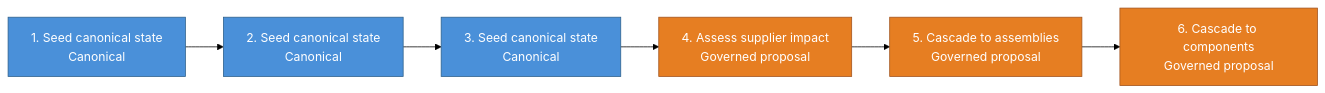
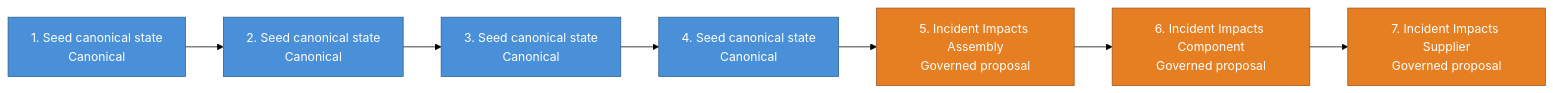
One commit to cruxible-ai/cruxible changed the second of 3 diagrams in kits/supply-chain-blast-radius/README.md. Above: the diagram before and after it, drawn with Mermaid (forest theme). The commit also changed other lines of this file and 2 other files, not shown here.

````diff
--- a/kits/supply-chain-blast-radius/README.md
+++ b/kits/supply-chain-blast-radius/README.md
@@ -83,19 +89,21 @@
 ```mermaid
 flowchart LR
   classDef canonicalWorkflow fill:#4a90d9,stroke:#2c5f8a,color:#fff
   classDef governedWorkflow fill:#e67e22,stroke:#a0521c,color:#fff
 
   workflow_pipeline_build_seed_state["1. Seed canonical state<br/>Canonical"]
-  workflow_pipeline_sync_inventory_positions["2. Seed canonical state<br/>Canonical"]
-  workflow_pipeline_sync_product_buffer_assessments["3. Seed canonical state<br/>Canonical"]
-  workflow_pipeline_propose_incident_impacts_supplier["4. Assess supplier impact<br/>Governed proposal"]
-  workflow_pipeline_propose_incident_impacts_assembly["5. Cascade to assemblies<br/>Governed proposal"]
-  workflow_pipeline_propose_incident_impacts_component["6. Cascade to components<br/>Governed proposal"]
-  workflow_pipeline_build_seed_state --> workflow_pipeline_sync_inventory_positions
+  workflow_pipeline_ingest_incidents["2. Seed canonical state<br/>Canonical"]
+  workflow_pipeline_sync_inventory_positions["3. Seed canonical state<br/>Canonical"]
+  workflow_pipeline_sync_product_buffer_assessments["4. Seed canonical state<br/>Canonical"]
+  workflow_pipeline_propose_incident_impacts_assembly["5. Incident Impacts Assembly<br/>Governed proposal"]
+  workflow_pipeline_propose_incident_impacts_component["6. Incident Impacts Component<br/>Governed proposal"]
+  workflow_pipeline_propose_incident_impacts_supplier["7. Incident Impacts Supplier<br/>Governed proposal"]
+  workflow_pipeline_build_seed_state --> workflow_pipeline_ingest_incidents
+  workflow_pipeline_ingest_incidents --> workflow_pipeline_sync_inventory_positions
   workflow_pipeline_sync_inventory_positions --> workflow_pipeline_sync_product_buffer_assessments
-  workflow_pipeline_sync_product_buffer_assessments --> workflow_pipeline_propose_incident_impacts_supplier
-  workflow_pipeline_propose_incident_impacts_supplier --> workflow_pipeline_propose_incident_impacts_assembly
+  workflow_pipeline_sync_product_buffer_assessments --> workflow_pipeline_propose_incident_impacts_assembly
   workflow_pipeline_propose_incident_impacts_assembly --> workflow_pipeline_propose_incident_impacts_component
-  class workflow_pipeline_build_seed_state,workflow_pipeline_sync_inventory_positions,workflow_pipeline_sync_product_buffer_assessments canonicalWorkflow
-  class workflow_pipeline_propose_incident_impacts_supplier,workflow_pipeline_propose_incident_impacts_assembly,workflow_pipeline_propose_incident_impacts_component governedWorkflow
+  workflow_pipeline_propose_incident_impacts_component --> workflow_pipeline_propose_incident_impacts_supplier
+  class workflow_pipeline_build_seed_state,workflow_pipeline_ingest_incidents,workflow_pipeline_sync_inventory_positions,workflow_pipeline_sync_product_buffer_assessments canonicalWorkflow
+  class workflow_pipeline_propose_incident_impacts_assembly,workflow_pipeline_propose_incident_impacts_component,workflow_pipeline_propose_incident_impacts_supplier governedWorkflow
 ```
````
